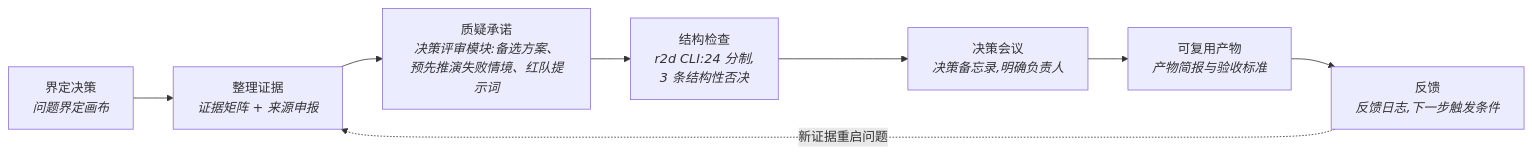
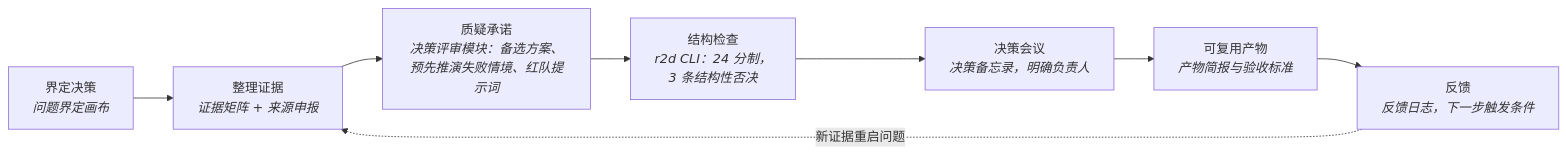
Before and after one commit to Anonymousyz/research-to-decision-toolkit: the first of 2 diagrams in README.zh-CN.md, drawn with Mermaid. The commit also changed other lines of this file and 1 other file, not shown here.

````diff
--- a/README.zh-CN.md
+++ b/README.zh-CN.md
@@ -36,10 +36,10 @@
 ```mermaid
 flowchart LR
     A["界定决策<br/><i>问题界定画布</i>"] --> B["整理证据<br/><i>证据矩阵 + 来源申报</i>"]
-    B --> C["质疑承诺<br/><i>决策评审模块:备选方案、<br/>预先推演失败情境、红队提示词</i>"]
-    C --> D["结构检查<br/><i>r2d CLI:24 分制,<br/>3 条结构性否决</i>"]
-    D --> E["决策会议<br/><i>决策备忘录,明确负责人</i>"]
+    B --> C["质疑承诺<br/><i>决策评审模块：备选方案、<br/>预先推演失败情境、红队提示词</i>"]
+    C --> D["结构检查<br/><i>r2d CLI：24 分制，<br/>3 条结构性否决</i>"]
+    D --> E["决策会议<br/><i>决策备忘录，明确负责人</i>"]
     E --> F["可复用产物<br/><i>产物简报与验收标准</i>"]
-    F --> G["反馈<br/><i>反馈日志,下一步触发条件</i>"]
+    F --> G["反馈<br/><i>反馈日志，下一步触发条件</i>"]
     G -. "新证据重启问题" .-> B
 ```
````
